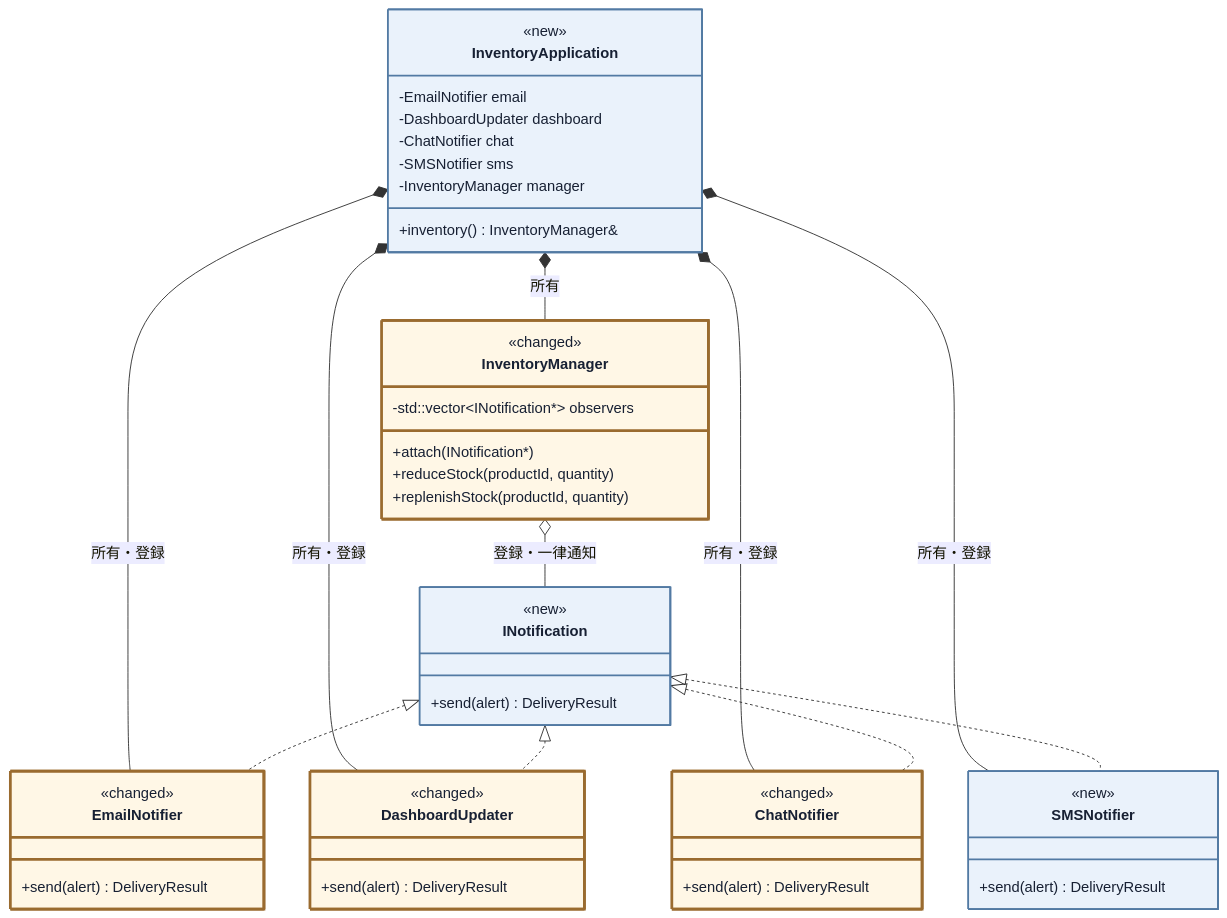
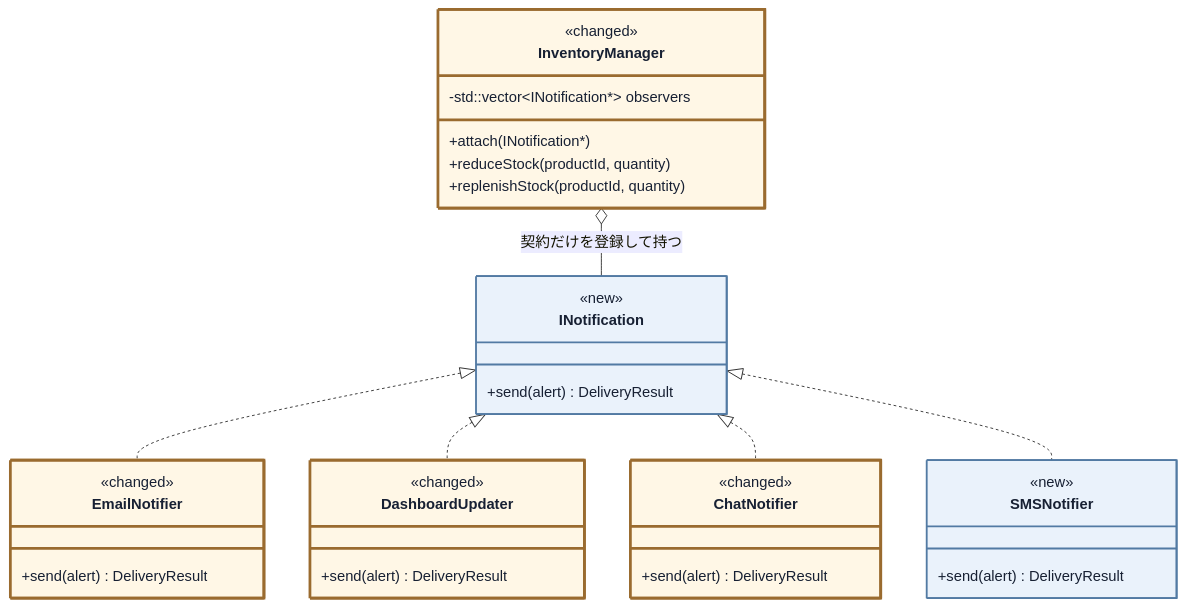
Diagram 13 of 20 in kindle/design-patterns/books/volume01-core-patterns/output/05-chapter03.md (kumachan1101-pixel/DesignPattern), drawn with Mermaid before and after one commit. The commit also changed other lines of this file and 7 other files, not shown here.

````diff
--- a/kindle/design-patterns/books/volume01-core-patterns/output/05-chapter03.md
+++ b/kindle/design-patterns/books/volume01-core-patterns/output/05-chapter03.md
@@ -1838,54 +1938,40 @@
 ```mermaid
 classDiagram
     direction TB
     class InventoryManager:::touched {
         <<changed>>
         -std::vector~INotification*~ observers
         +attach(INotification*)
         +reduceStock(productId, quantity)
         +replenishStock(productId, quantity)
     }
     class INotification:::added {
         <<new>>
         <<interface>>
         +send(alert) DeliveryResult
     }
     class EmailNotifier:::touched {
         <<changed>>
         +send(alert) DeliveryResult
     }
     class DashboardUpdater:::touched {
         <<changed>>
         +send(alert) DeliveryResult
     }
     class ChatNotifier:::touched {
         <<changed>>
         +send(alert) DeliveryResult
     }
     class SMSNotifier:::added {
         <<new>>
         +send(alert) DeliveryResult
     }
-    class InventoryApplication:::added {
-        <<new>>
-        -EmailNotifier email
-        -DashboardUpdater dashboard
-        -ChatNotifier chat
-        -SMSNotifier sms
-        -InventoryManager manager
-        +inventory() InventoryManager&
-    }
-    InventoryApplication *-- InventoryManager : 所有
-    InventoryApplication *-- EmailNotifier : 所有・登録
-    InventoryApplication *-- DashboardUpdater : 所有・登録
-    InventoryApplication *-- ChatNotifier : 所有・登録
-    InventoryApplication *-- SMSNotifier : 所有・登録
-    InventoryManager o-- INotification : 登録・一律通知
+    InventoryManager o-- INotification : 契約だけを登録して持つ
     INotification <|.. EmailNotifier
     INotification <|.. DashboardUpdater
     INotification <|.. ChatNotifier
     INotification <|.. SMSNotifier
 
     classDef added fill:#eaf2fb,stroke:#527aa3,stroke-width:2px,color:#172033;
     classDef touched fill:#fff7e6,stroke:#9a6b2f,stroke-width:3px,color:#172033;
 ```
````
